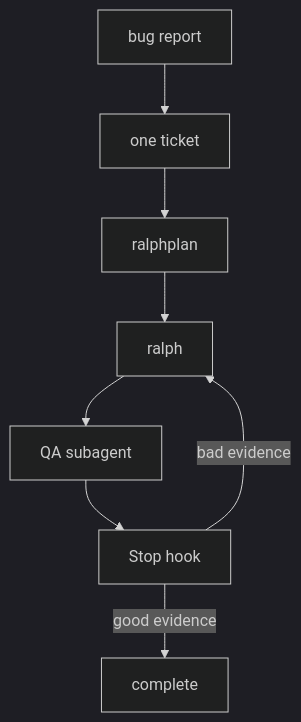
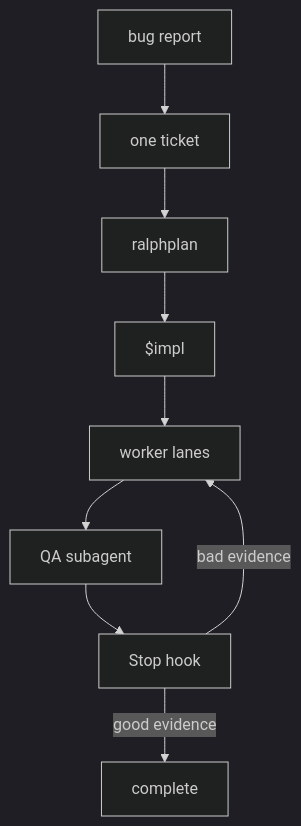
The fourth of 6 diagrams in README.md (ZanarkandTechnologies/Farplane), drawn with Mermaid (dark theme) before and after one commit. The commit also changed other lines of this file and 78 other files, not shown here.

````diff
--- a/README.md
+++ b/README.md
@@ -80,10 +191,11 @@
 ```mermaid
 flowchart TD
     A[bug report] --> B[one ticket]
     B --> C[ralphplan]
-    C --> D[ralph]
-    D --> E[QA subagent]
-    E --> F[Stop hook]
-    F -->|bad evidence| D
-    F -->|good evidence| G[complete]
+    C --> D[$impl]
+    D --> E[worker lanes]
+    E --> F[QA subagent]
+    F --> G[Stop hook]
+    G -->|bad evidence| E
+    G -->|good evidence| H[complete]
 ```
````
